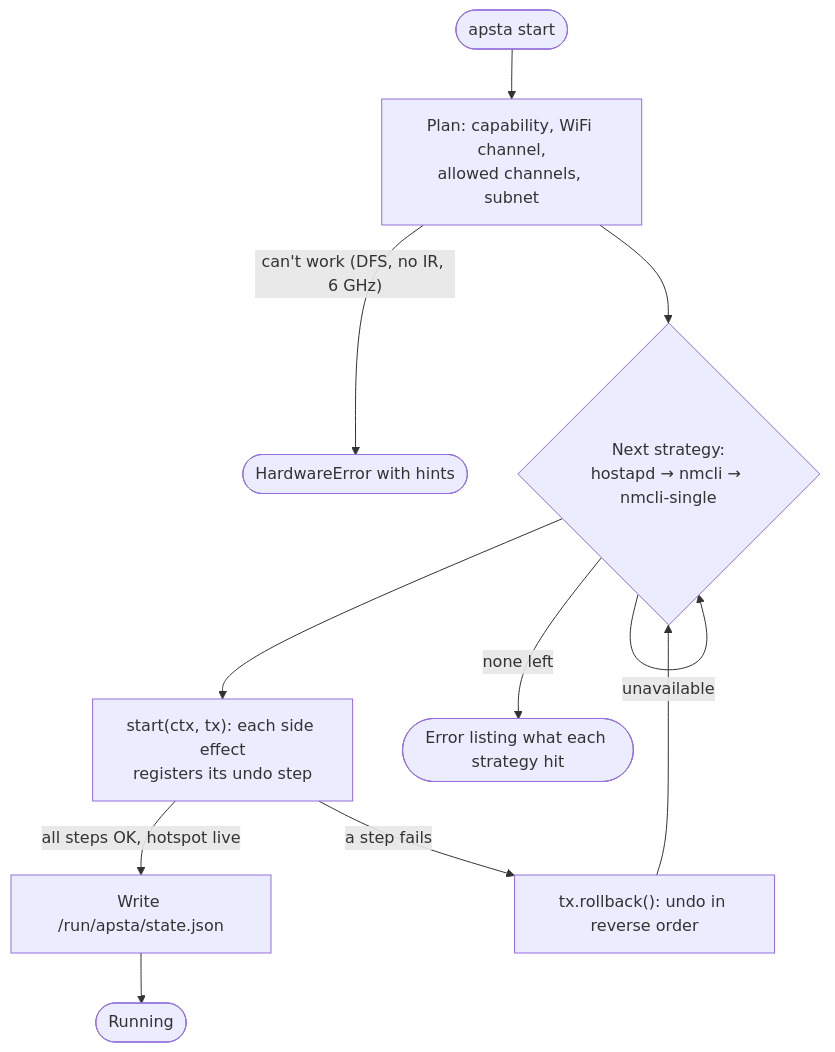
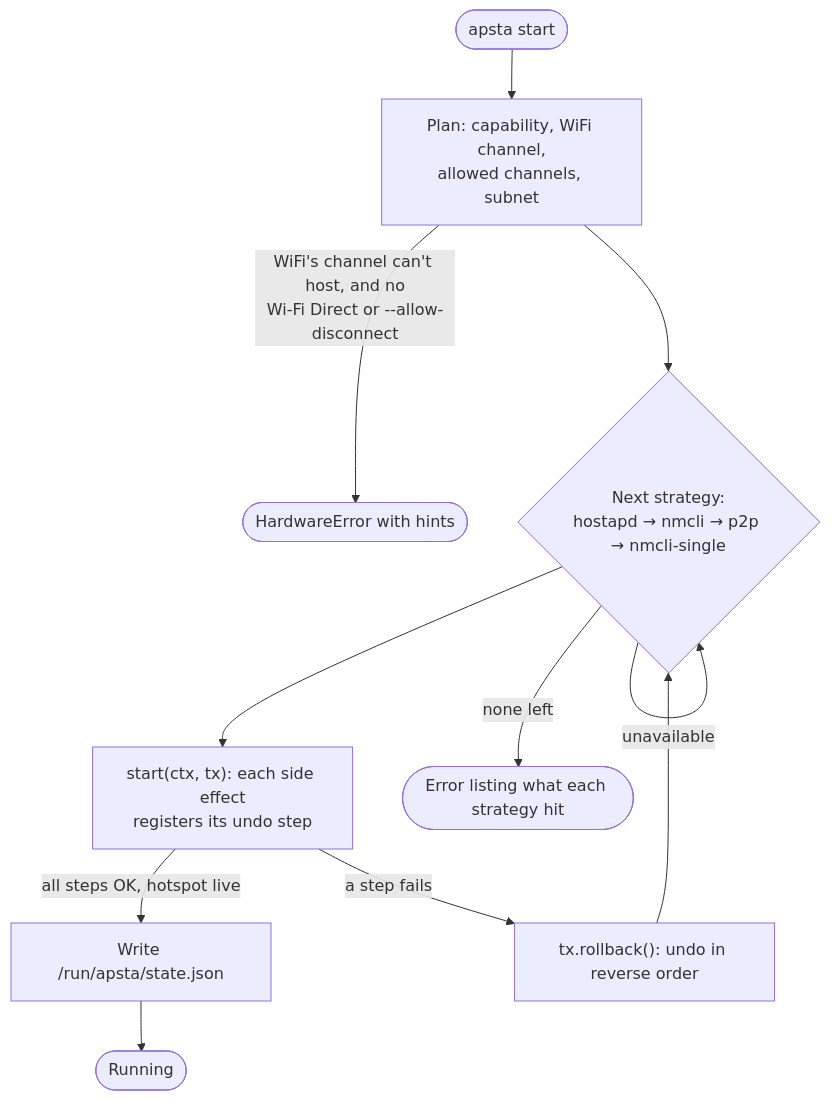
One commit to krotrn/apsta changed the second of 4 diagrams in docs/ARCHITECTURE.md. Above: the diagram before and after it, drawn with Mermaid. The commit also changed other lines of this file and 24 other files, not shown here.

First line of the commit message:
feat: Wi-Fi Direct fallback when the WiFi's channel can't host

````diff
--- a/docs/ARCHITECTURE.md
+++ b/docs/ARCHITECTURE.md
@@ -52,11 +53,11 @@
 ```mermaid
 flowchart TD
     S(["apsta start"]) --> P["Plan: capability, WiFi channel,<br/>allowed channels, subnet"]
-    P -- "can't work (DFS, no IR, 6 GHz)" --> E(["HardwareError with hints"])
-    P --> N{"Next strategy:<br/>hostapd → nmcli → nmcli-single"}
+    P -- "WiFi's channel can't host, and no<br/>Wi-Fi Direct or --allow-disconnect" --> E(["HardwareError with hints"])
+    P --> N{"Next strategy:<br/>hostapd → nmcli → p2p → nmcli-single"}
     N -- "unavailable" --> N
     N --> T["start(ctx, tx): each side effect<br/>registers its undo step"]
     T -- "all steps OK, hotspot live" --> W["Write /run/apsta/state.json"] --> D(["Running"])
     T -- "a step fails" --> R["tx.rollback(): undo in reverse order"] --> N
     N -- "none left" --> F(["Error listing what each strategy hit"])
 ```
````
